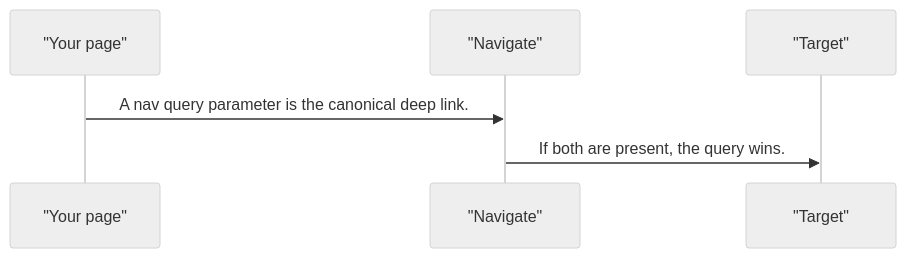
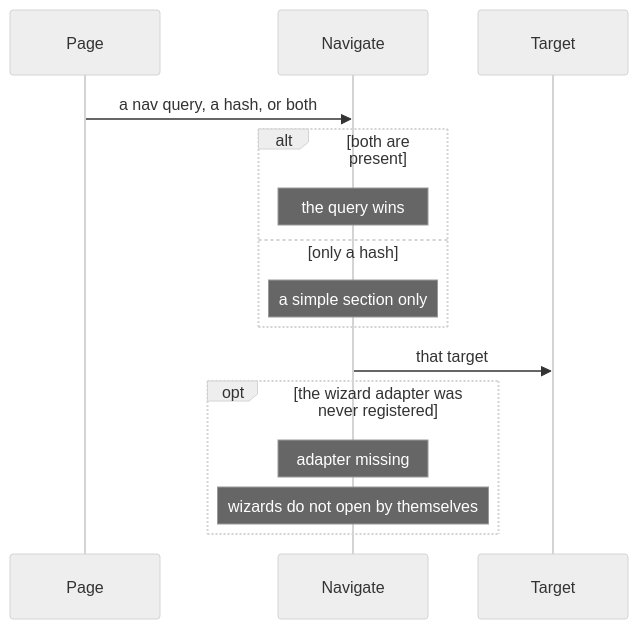
The fourth of 4 diagrams in projects/pixel-ui/src/lib/services/navigate/DESIGN.md (RajshekharBorate/pixel-ui), drawn with Mermaid (neutral theme) before and after one commit. The commit also changed other lines of this file and 73 other files, not shown here.

Commit message:
Explain who owns each value and what each flow does in every component and service design.

````diff
--- a/projects/pixel-ui/src/lib/services/navigate/DESIGN.md
+++ b/projects/pixel-ui/src/lib/services/navigate/DESIGN.md
@@ -75,8 +111,17 @@
 ```mermaid
 sequenceDiagram
-  participant page as "Your page"
-  participant nav as "Navigate"
-  participant target as "Target"
-  page->>nav: A nav query parameter is the canonical deep link.
-  nav->>target: If both are present, the query wins.
+  participant Page
+  participant Nav as Navigate
+  participant Target
+  Page->>Nav: a nav query, a hash, or both
+  alt both are present
+    Note over Nav: the query wins
+  else only a hash
+    Note over Nav: a simple section only
+  end
+  Nav->>Target: that target
+  opt the wizard adapter was never registered
+    Note over Nav: adapter missing
+    Note over Nav: wizards do not open by themselves
+  end
 ```
````
